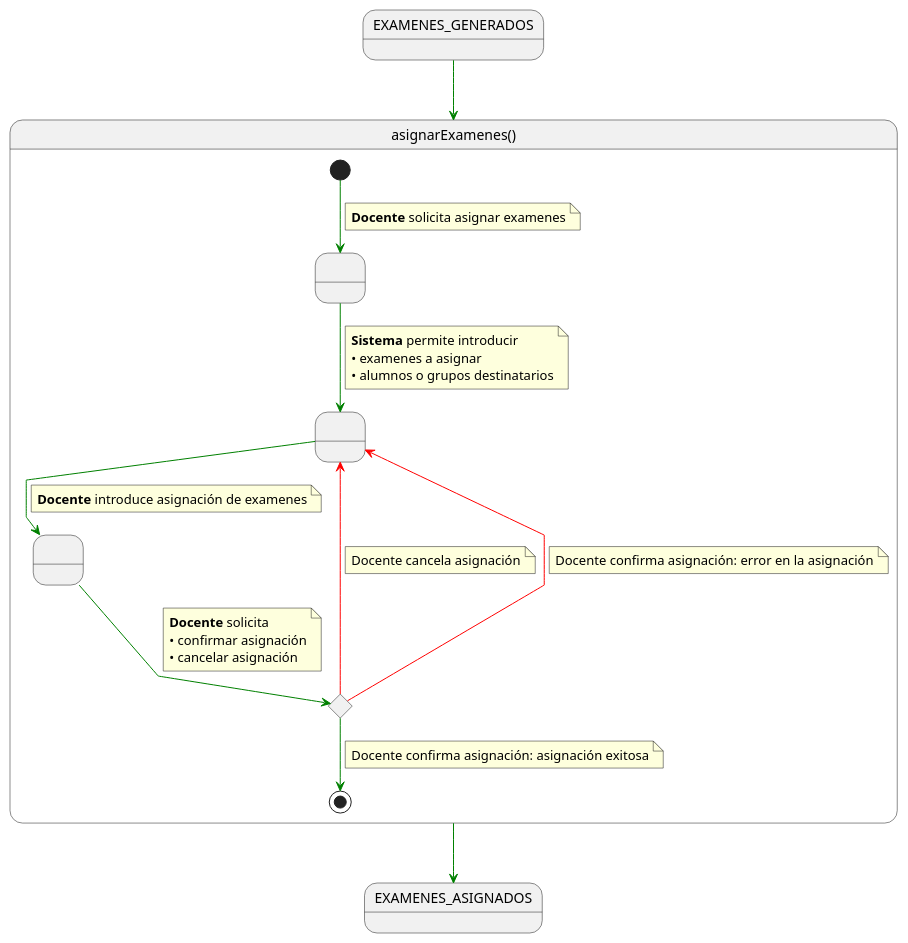
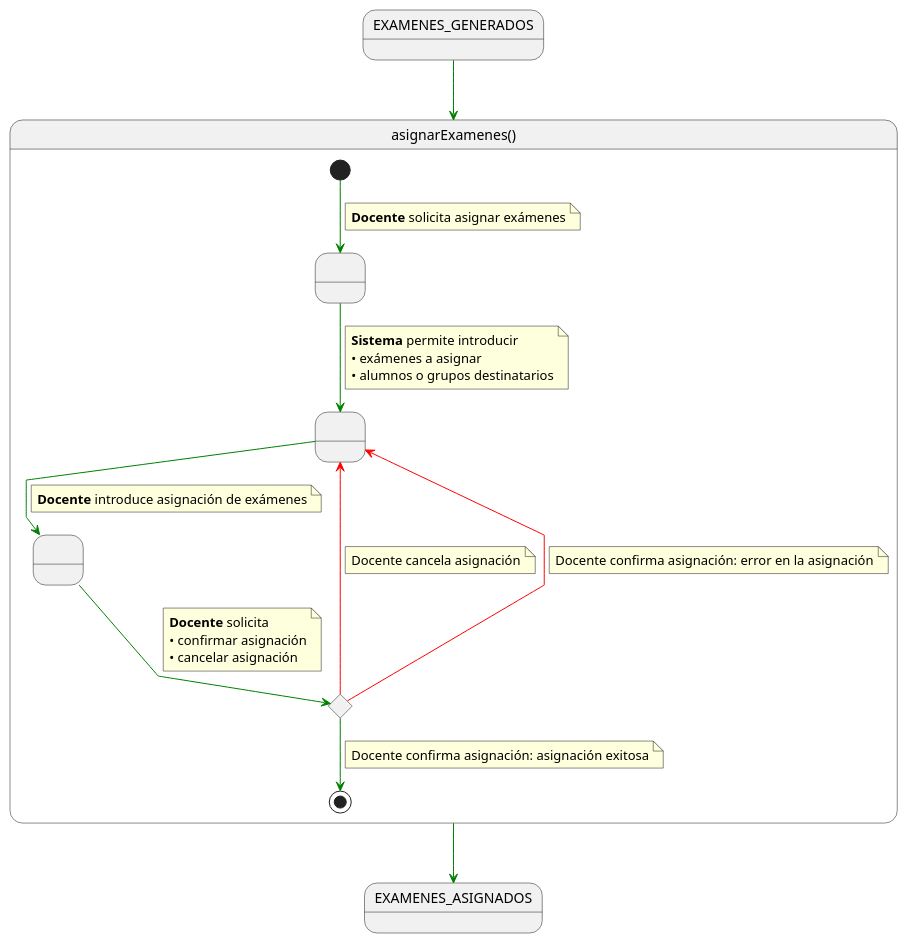
One commit to martinlopez7/25-26-IdSw1-SdR changed the diagram in documents/casos-de-uso/detalladoCasosDeUso/asignarExamenes/asignarExamenes.puml. Above: the diagram before and after it, drawn with PlantUML. The commit also changed 26 other files, not shown here.

```diff
--- a/documents/casos-de-uso/detalladoCasosDeUso/asignarExamenes/asignarExamenes.puml
+++ b/documents/casos-de-uso/detalladoCasosDeUso/asignarExamenes/asignarExamenes.puml
@@ -1,55 +1,55 @@
 @startuml asignarExamenes
 
 skinparam linetype polyline
 
 state asignarExamenes as "asignarExamenes()" {
 
     state " " as RequiringAssignment
     state " " as ProvidingAssignment
     state " " as ProvidingConfirmation
     state c <<choice>>
 
     [*] -[#green]-> RequiringAssignment
     note on link
-    <b>Docente</b> solicita asignar examenes
+    <b>Docente</b> solicita asignar exámenes
     end note    
 
     RequiringAssignment -[#green]-> ProvidingAssignment
     note on link
     <b>Sistema</b> permite introducir
-    • examenes a asignar
+    • exámenes a asignar
     • alumnos o grupos destinatarios
     end note
 
     ProvidingAssignment -[#green]-> ProvidingConfirmation
     note on link
-    <b>Docente</b> introduce asignación de examenes
+    <b>Docente</b> introduce asignación de exámenes
     end note
 
     ProvidingConfirmation -[#green]-> c
     note on link
     <b>Docente</b> solicita
     • confirmar asignación
     • cancelar asignación
     end note
 
     c -[#red]-> ProvidingAssignment
     note on link
     Docente cancela asignación
     end note
 
     c -[#red]-> ProvidingAssignment
     note on link
     Docente confirma asignación: error en la asignación
     end note
 
     c -[#green]-> [*]
     note on link
     Docente confirma asignación: asignación exitosa
     end note
 }
 
 EXAMENES_GENERADOS -[#green]-> asignarExamenes
 asignarExamenes -[#green]-> EXAMENES_ASIGNADOS
 
 @enduml
```
